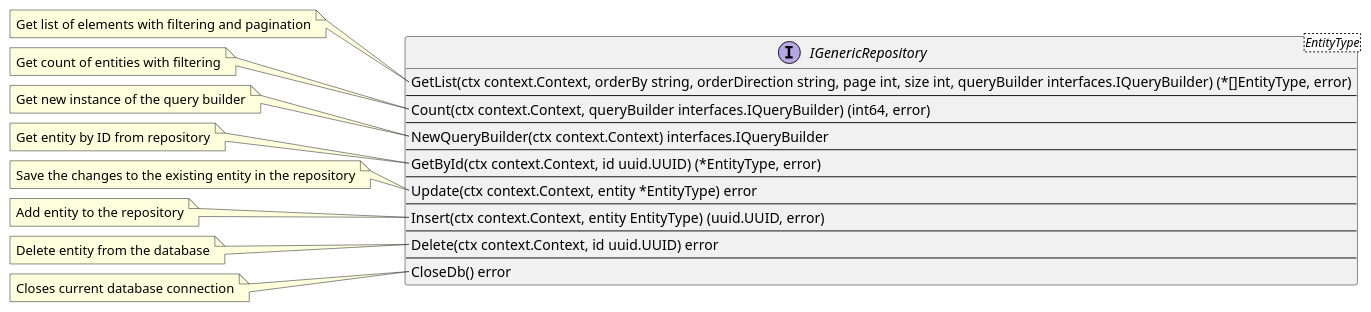
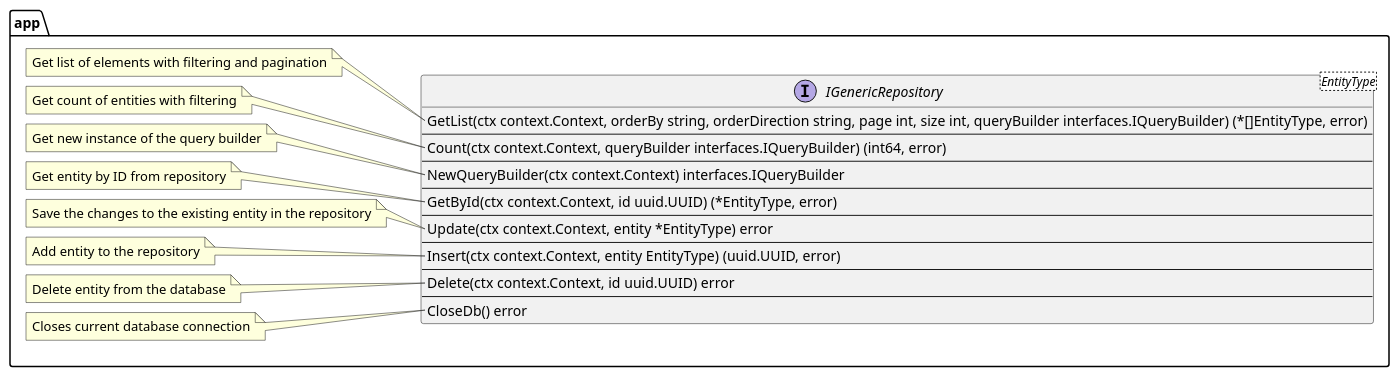
Before and after one commit to lf-edge/rol: the diagram in docs/plantuml/interfaces/IGenericRepository.puml, drawn with PlantUML. The commit also changed 26 other files, not shown here.

```diff
--- a/docs/plantuml/interfaces/IGenericRepository.puml
+++ b/docs/plantuml/interfaces/IGenericRepository.puml
@@ -1,43 +1,53 @@
 @startuml IGenericRepository
-interface IGenericRepository<EntityType> {
-    GetList(ctx context.Context, orderBy string, orderDirection string, page int, size int, queryBuilder interfaces.IQueryBuilder) (*[]EntityType, error)
-    --
-    Count(ctx context.Context, queryBuilder interfaces.IQueryBuilder) (int64, error)
-    --
-    NewQueryBuilder(ctx context.Context) interfaces.IQueryBuilder
-    --
-    GetById(ctx context.Context, id uuid.UUID) (*EntityType, error)
-    --
-    Update(ctx context.Context, entity *EntityType) error
-    --
-    Insert(ctx context.Context, entity EntityType) (uuid.UUID, error)
-    --
-    Delete(ctx context.Context, id uuid.UUID) error
-    --
-    CloseDb() error
+
+package app {
+    interface IGenericRepository<EntityType> {
+        GetList(ctx context.Context, orderBy string, orderDirection string, page int, size int, queryBuilder interfaces.IQueryBuilder) (*[]EntityType, error)
+        --
+        Count(ctx context.Context, queryBuilder interfaces.IQueryBuilder) (int64, error)
+        --
+        NewQueryBuilder(ctx context.Context) interfaces.IQueryBuilder
+        --
+        GetById(ctx context.Context, id uuid.UUID) (*EntityType, error)
+        --
+        Update(ctx context.Context, entity *EntityType) error
+        --
+        Insert(ctx context.Context, entity EntityType) (uuid.UUID, error)
+        --
+        Delete(ctx context.Context, id uuid.UUID) error
+        --
+        CloseDb() error
+    }
+    note left of IGenericRepository::GetList
+      Get list of elements with filtering and pagination
+    end note
+
+    note left of IGenericRepository::Count
+      Get count of entities with filtering
+    end note
+
+    note left of IGenericRepository::NewQueryBuilder
+      Get new instance of the query builder
+    end note
+
+    note left of IGenericRepository::GetById
+      Get entity by ID from repository
+    end note
+
+    note left of IGenericRepository::Update
+      Save the changes to the existing entity in the repository
+    end note
+
+    note left of IGenericRepository::Insert
+      Add entity to the repository
+    end note
+
+    note left of IGenericRepository::Delete
+      Delete entity from the database
+    end note
+
+    note left of IGenericRepository::CloseDb
+      Closes current database connection
+    end note
 }
-note left of IGenericRepository::GetList
-  Get list of elements with filtering and pagination
-end note
-note left of IGenericRepository::Count
-  Get count of entities with filtering
-end note
-note left of IGenericRepository::NewQueryBuilder
-  Get new instance of the query builder
-end note
-note left of IGenericRepository::GetById
-  Get entity by ID from repository
-end note
-note left of IGenericRepository::Update
-  Save the changes to the existing entity in the repository
-end note
-note left of IGenericRepository::Insert
-  Add entity to the repository
-end note
-note left of IGenericRepository::Delete
-  Delete entity from the database
-end note
-note left of IGenericRepository::CloseDb
-  Closes current database connection
-end note
 @enduml
```
